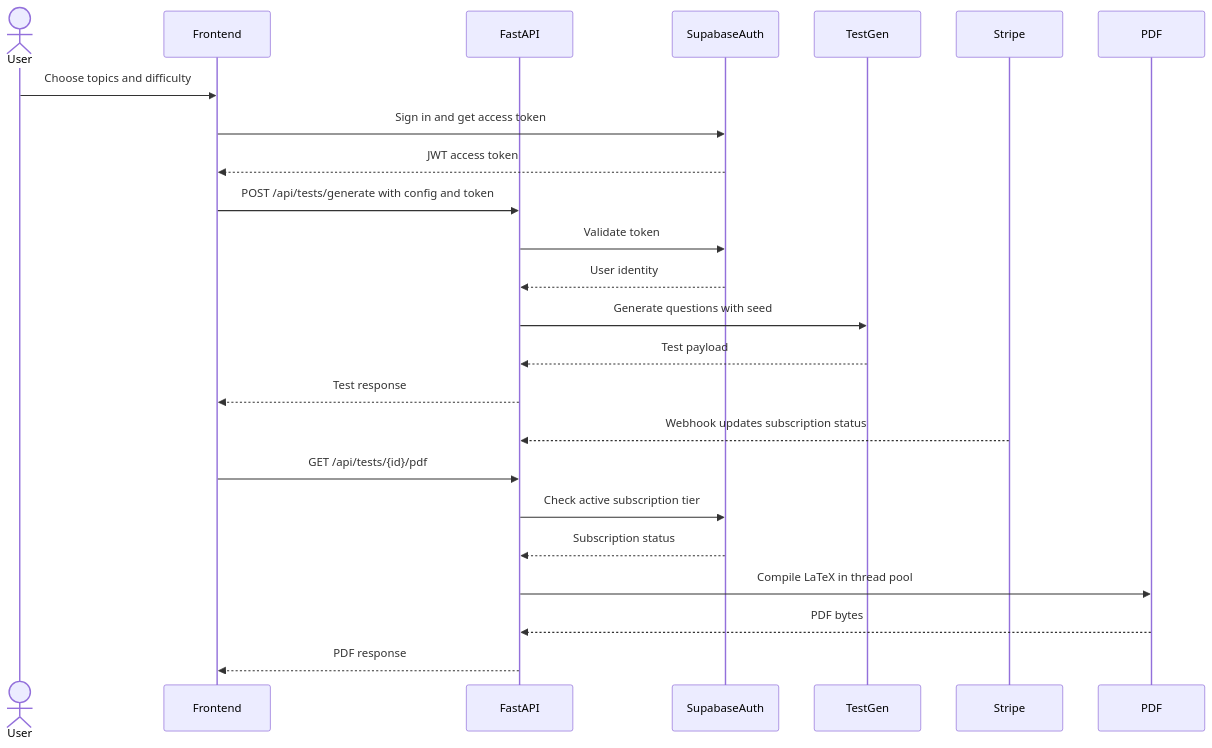
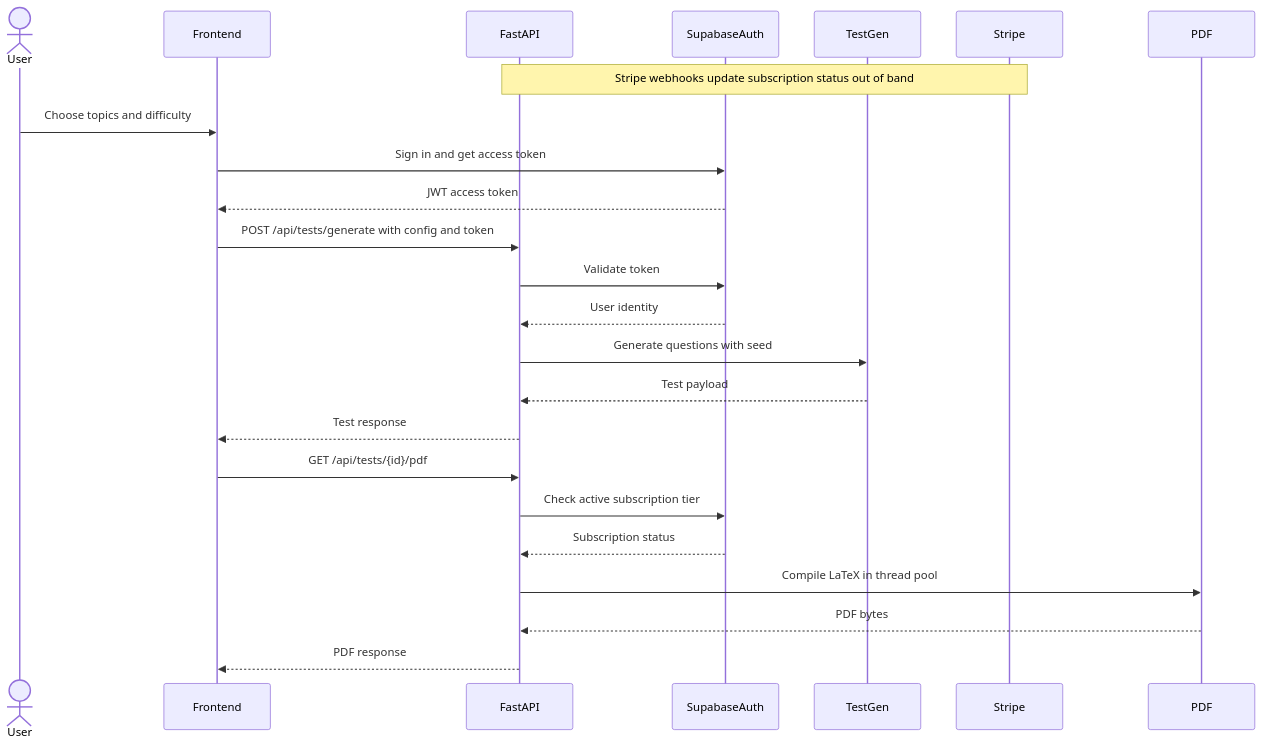
One commit to Aditya-Tripuraneni/Praxis changed the third of 4 diagrams in README.md. Above: the diagram before and after it, drawn with Mermaid. The commit also changed other lines of this file, not shown here.

Commit message:
Adjust sequence note and coverage rationale
Agent-Logs-Url: https://github.com/Aditya-Tripuraneni/Praxis/sessions/45debd73-599a-4c9c-a5e9-6d1c7d86d741

````diff
--- a/README.md
+++ b/README.md
@@ -107,27 +107,28 @@
 ```mermaid
 sequenceDiagram
   actor User
   participant Frontend
   participant FastAPI
   participant SupabaseAuth
   participant TestGen
   participant Stripe
   participant PDF
 
+  Note over Stripe,FastAPI: Stripe webhooks update subscription status out of band
+
   User->>Frontend: Choose topics and difficulty
   Frontend->>SupabaseAuth: Sign in and get access token
   SupabaseAuth-->>Frontend: JWT access token
   Frontend->>FastAPI: POST /api/tests/generate with config and token
   FastAPI->>SupabaseAuth: Validate token
   SupabaseAuth-->>FastAPI: User identity
   FastAPI->>TestGen: Generate questions with seed
   TestGen-->>FastAPI: Test payload
   FastAPI-->>Frontend: Test response
-  Stripe-->>FastAPI: Webhook updates subscription status
   Frontend->>FastAPI: GET /api/tests/{id}/pdf
   FastAPI->>SupabaseAuth: Check active subscription tier
   SupabaseAuth-->>FastAPI: Subscription status
   FastAPI->>PDF: Compile LaTeX in thread pool
   PDF-->>FastAPI: PDF bytes
   FastAPI-->>Frontend: PDF response
 ```
````
